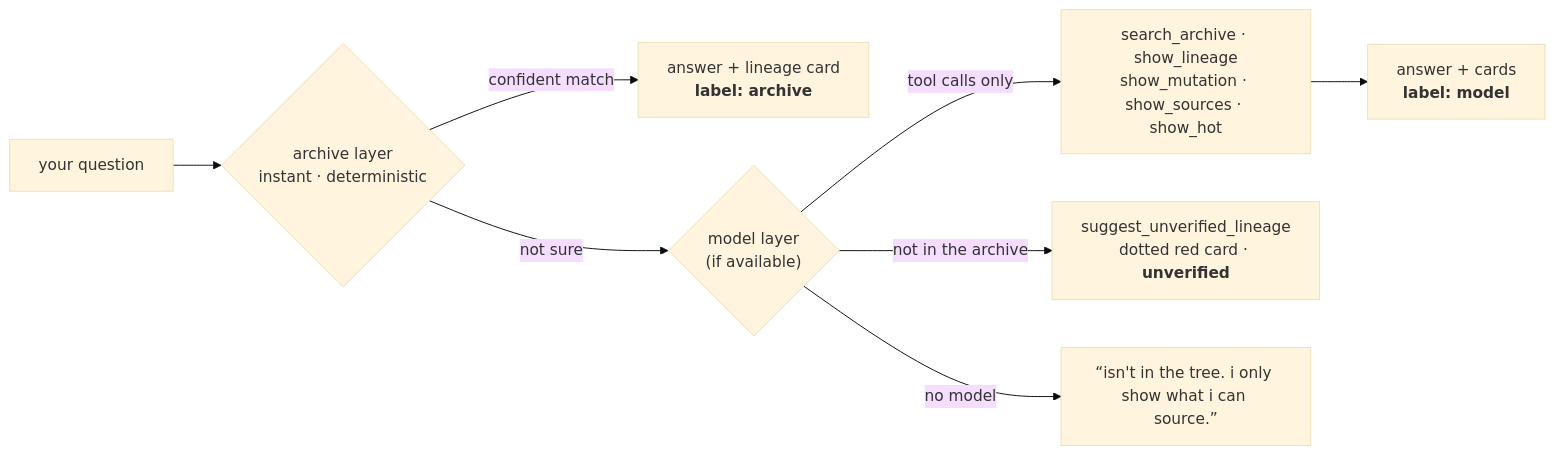
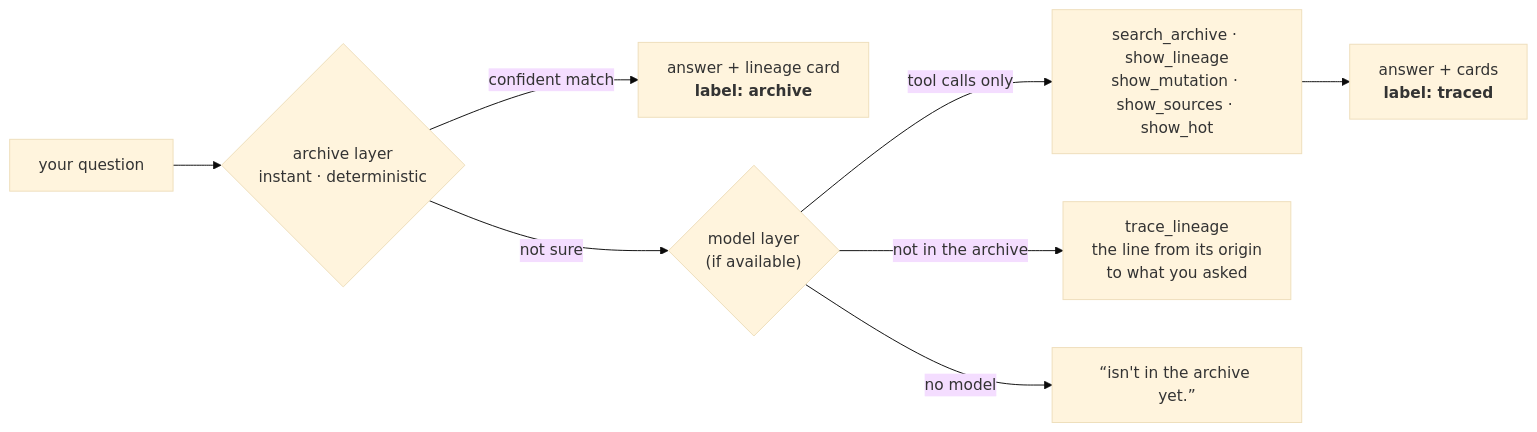
One commit to duongquocbao1999/fork changed the first of 3 diagrams in README.md. Above: the diagram before and after it, drawn with Mermaid (base theme). The commit also changed other lines of this file and 21 other files, not shown here.

````diff
--- a/README.md
+++ b/README.md
@@ -88,10 +89,10 @@
 ```mermaid
 flowchart LR
   q["your question"] --> a{"archive layer<br/>instant · deterministic"}
   a -- "confident match" --> ans["answer + lineage card<br/><b>label: archive</b>"]
   a -- "not sure" --> m{"model layer<br/>(if available)"}
   m -- "tool calls only" --> t["search_archive · show_lineage<br/>show_mutation · show_sources · show_hot"]
-  t --> ans2["answer + cards<br/><b>label: model</b>"]
-  m -- "not in the archive" --> u["suggest_unverified_lineage<br/>dotted red card · <b>unverified</b>"]
-  m -- "no model" --> nf["“isn't in the tree. i only show what i can source.”"]
+  t --> ans2["answer + cards<br/><b>label: traced</b>"]
+  m -- "not in the archive" --> u["trace_lineage<br/>the line from its origin<br/>to what you asked"]
+  m -- "no model" --> nf["“isn't in the archive yet.”"]
 ```
````
